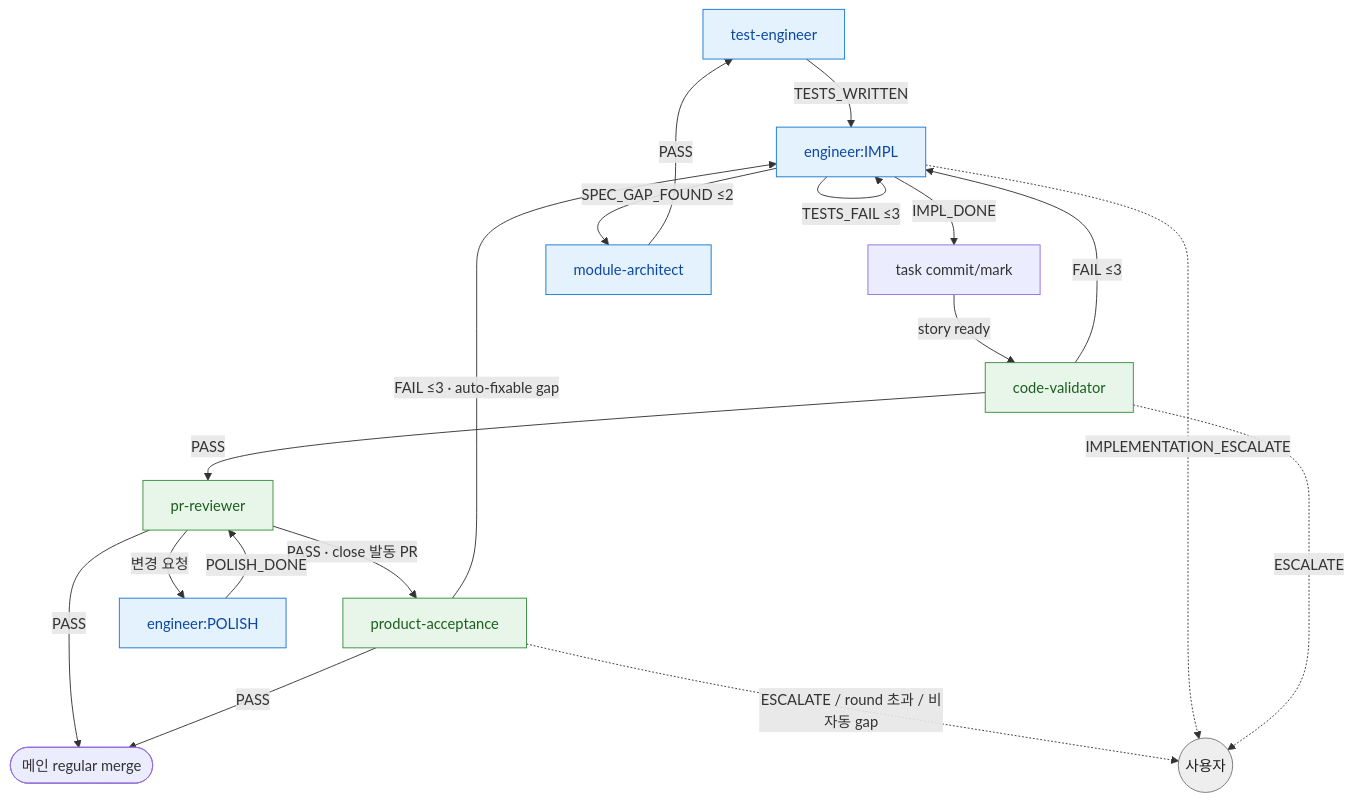
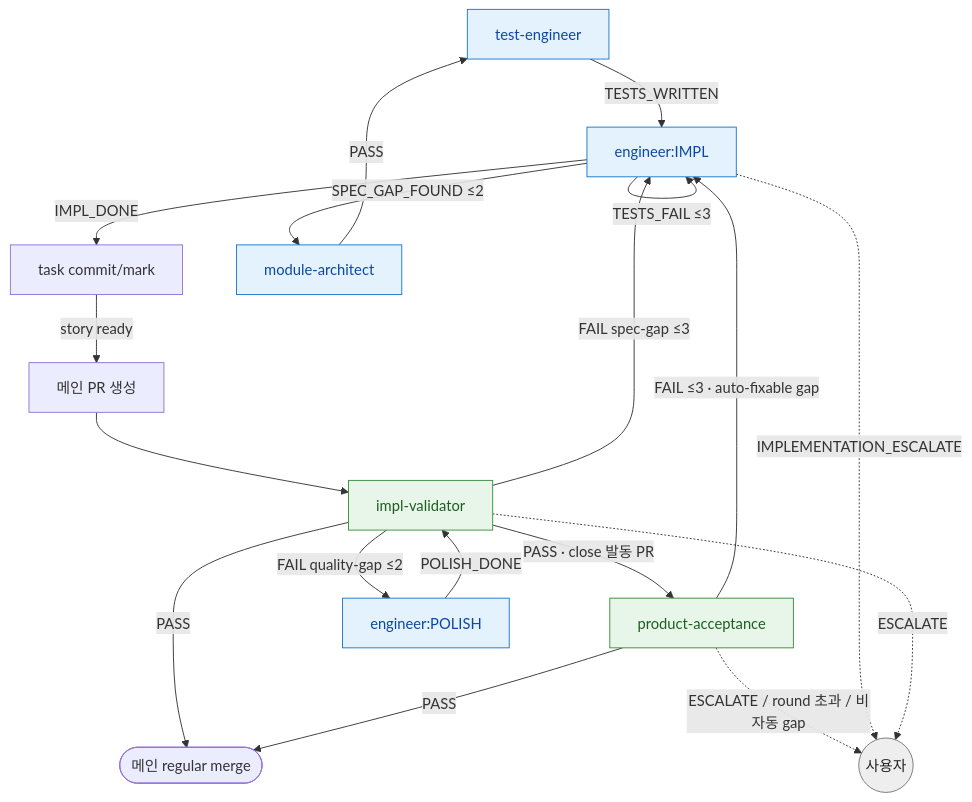
Before and after one commit to Daeguk-Sun/dcNess: the first of 2 diagrams in skills/impl-loop/impl-loop-routing.md, drawn with Mermaid. The commit also changed other lines of this file and 89 other files, not shown here.

````diff
--- a/skills/impl-loop/impl-loop-routing.md
+++ b/skills/impl-loop/impl-loop-routing.md
@@ -23,27 +25,27 @@
 ```mermaid
 flowchart TB
   TE[test-engineer] -->|TESTS_WRITTEN| EN[engineer:IMPL]
   EN -->|IMPL_DONE| TC[task commit/mark]
-  TC -->|story ready| CV[code-validator]
-  CV -->|PASS| PR[pr-reviewer]
-  PR -->|PASS| M([메인 regular merge])
-  PR -->|PASS · close 발동 PR| PA[product-acceptance]
+  TC -->|story ready| MG[메인 PR 생성]
+  MG --> IV[impl-validator]
+  IV -->|PASS| M([메인 regular merge])
+  IV -->|PASS · close 발동 PR| PA[product-acceptance]
   PA -->|PASS| M
   PA -->|FAIL ≤3 · auto-fixable gap| EN
   PA -.->|ESCALATE / round 초과 / 비자동 gap| U
-  PR -->|변경 요청| ENP[engineer:POLISH]
-  ENP -->|POLISH_DONE| PR
-  CV -->|FAIL ≤3| EN
+  IV -->|FAIL spec-gap ≤3| EN
+  IV -->|FAIL quality-gap ≤2| ENP[engineer:POLISH]
+  ENP -->|POLISH_DONE| IV
   EN -->|TESTS_FAIL ≤3| EN
   EN -->|SPEC_GAP_FOUND ≤2| MA[module-architect]
   MA -->|PASS| TE
   EN -.->|IMPLEMENTATION_ESCALATE| U((사용자))
-  CV -.->|ESCALATE| U
+  IV -.->|ESCALATE| U
 
   classDef produce fill:#e3f2fd,stroke:#1976d2,color:#0d47a1
   classDef verify fill:#e8f5e9,stroke:#388e3c,color:#1b5e20
   classDef user fill:#eeeeee,stroke:#757575,color:#212121
   class TE,EN,ENP,MA produce
-  class CV,PR,PA verify
+  class IV,PA verify
   class U user
 ```
````
